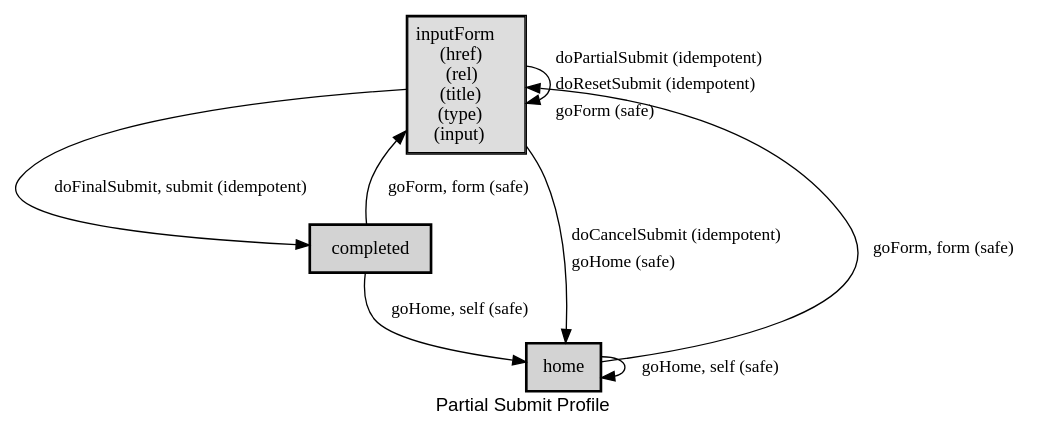
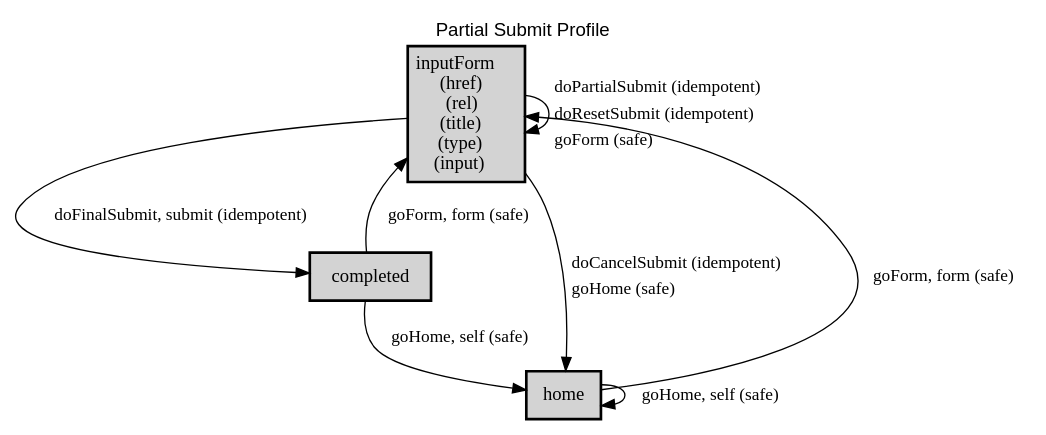
One commit to webapicookbook/alps-documents changed the diagram in docs/partial-submit/partial-submit.dot. Above: the diagram before and after it, drawn with Graphviz. The commit also changed 15 other files, not shown here.

```diff
--- a/docs/partial-submit/partial-submit.dot
+++ b/docs/partial-submit/partial-submit.dot
@@ -1,23 +1,23 @@
 digraph application_state_diagram {
   graph [
-    labelloc="b";
+    labelloc="t";
     fontname="Helvetica"
     label="Partial Submit Profile";
     URL="index.html" target="_parent"
   ];
-  node [shape = box, style = "bold,filled"];
+  node [shape = box, style = "bold,filled" fillcolor="lightgray"];
 
-    inputForm [style=solid, margin=0.02, label=<<table cellspacing="0" cellpadding="5" cellborder="1" border="0"><tr><td bgcolor="#dddddd">inputForm<br />(href)<br />(rel)<br />(title)<br />(type)<br />(input)<br /></td></tr></table>>,shape=box URL="docs/semantic.inputForm.html" target="_parent"]
+    inputForm [margin=0.02, label=<<table cellspacing="0" cellpadding="5" border="0"><tr><td>inputForm<br />(href)<br />(rel)<br />(title)<br />(type)<br />(input)<br /></td></tr></table>>,shape=box URL="docs/semantic.inputForm.html" target="_parent"]
 
     inputForm -> inputForm [label=<<table  border="0"><tr><td align="left" href="docs/idempotent.doPartialSubmit.html">doPartialSubmit (idempotent)</td></tr><tr><td align="left" href="docs/idempotent.doResetSubmit.html">doResetSubmit (idempotent)</td></tr><tr><td align="left" href="docs/safe.goForm.html">goForm (safe)</td></tr></table>> fontsize=13];
     inputForm -> completed [label = "doFinalSubmit, submit (idempotent)" URL="docs/idempotent.doFinalSubmit.html" target="_parent" fontsize=13];
     inputForm -> home [label=<<table  border="0"><tr><td align="left" href="docs/idempotent.doCancelSubmit.html">doCancelSubmit (idempotent)</td></tr><tr><td align="left" href="docs/safe.goHome.html">goHome (safe)</td></tr></table>> fontsize=13];
     home -> inputForm [label = "goForm, form (safe)" URL="docs/safe.goForm.html" target="_parent" fontsize=13];
     home -> home [label = "goHome, self (safe)" URL="docs/safe.goHome.html" target="_parent" fontsize=13];
     completed -> inputForm [label = "goForm, form (safe)" URL="docs/safe.goForm.html" target="_parent" fontsize=13];
     completed -> home [label = "goHome, self (safe)" URL="docs/safe.goHome.html" target="_parent" fontsize=13];
 
     completed [URL="docs/semantic.completed.html" target="_parent"]
     home [URL="docs/semantic.home.html" target="_parent"]
 
 }
```
